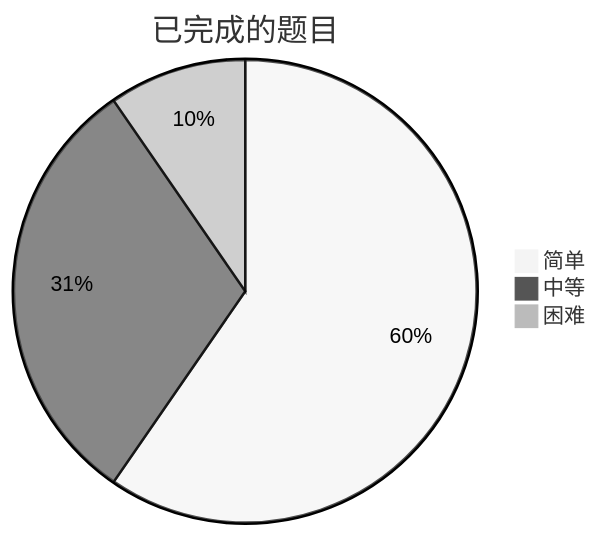
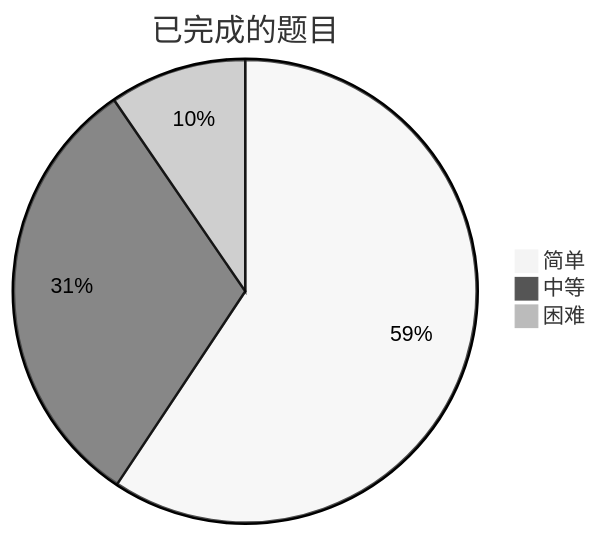
Before and after one commit to kaisa911/LeetCode: the diagram in README.md, drawn with Mermaid (neutral theme). The commit also changed other lines of this file and 1 other file, not shown here.

````diff
--- a/README.md
+++ b/README.md
@@ -8,7 +8,7 @@
 ```mermaid
 pie title 已完成的题目
     "简单" : 124
-    "中等" : 64
+    "中等" : 65
     "困难" : 20
 
 ```
````
